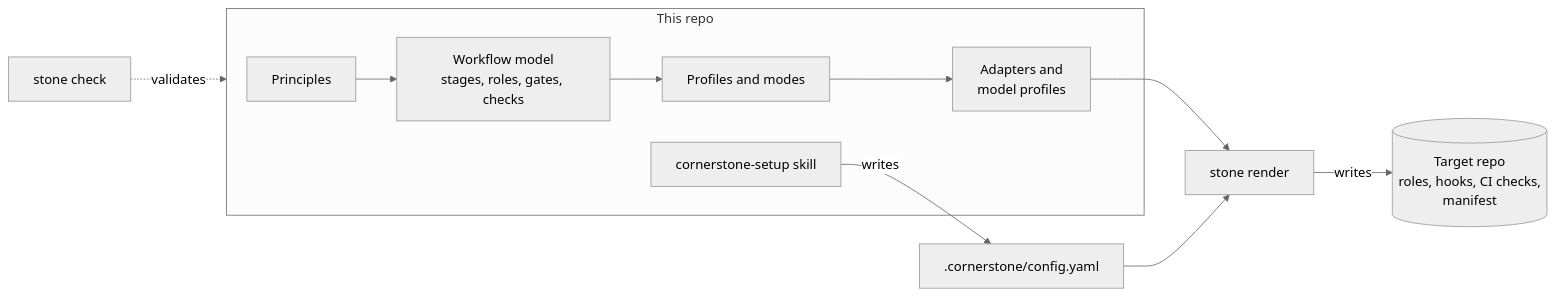
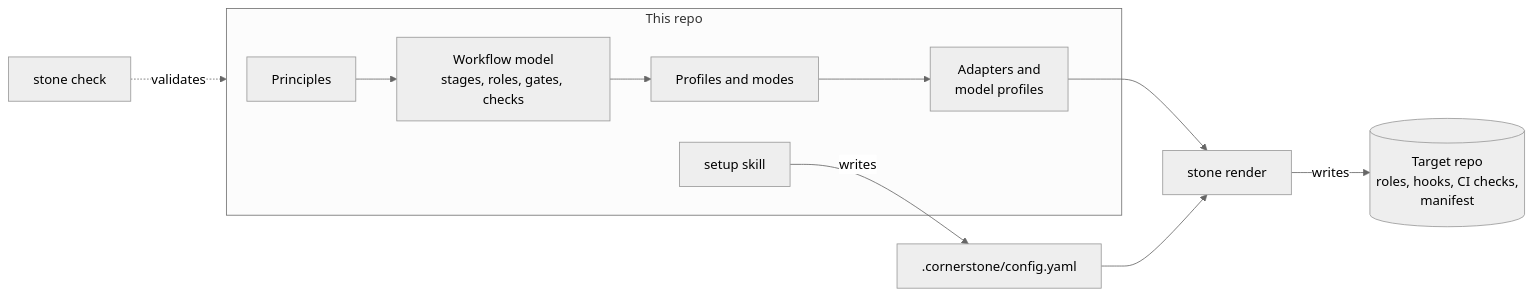
One commit to brawblan/ai-workflow changed the diagram in README.md. Above: the diagram before and after it, drawn with Mermaid (neutral theme). The commit also changed other lines of this file and 41 other files, not shown here.

First line of the commit message:
chore(plugin): rename the workflow plugin to cornerstone, and cornerstone-setup to setup

````diff
--- a/README.md
+++ b/README.md
@@ -73,14 +73,14 @@
 ```mermaid
 flowchart LR
   subgraph Repo[This repo]
     P[Principles] --> M[Workflow model<br/>stages, roles, gates, checks]
     M --> PR[Profiles and modes]
     PR --> A[Adapters and<br/>model profiles]
-    S[cornerstone-setup skill]
+    S[setup skill]
   end
   S -- writes --> C[.cornerstone/config.yaml]
   A --> R[stone render]
   C --> R
   R -- writes --> T[(Target repo<br/>roles, hooks, CI checks,<br/>manifest)]
   K[stone check] -. validates .-> Repo
 ```
````
